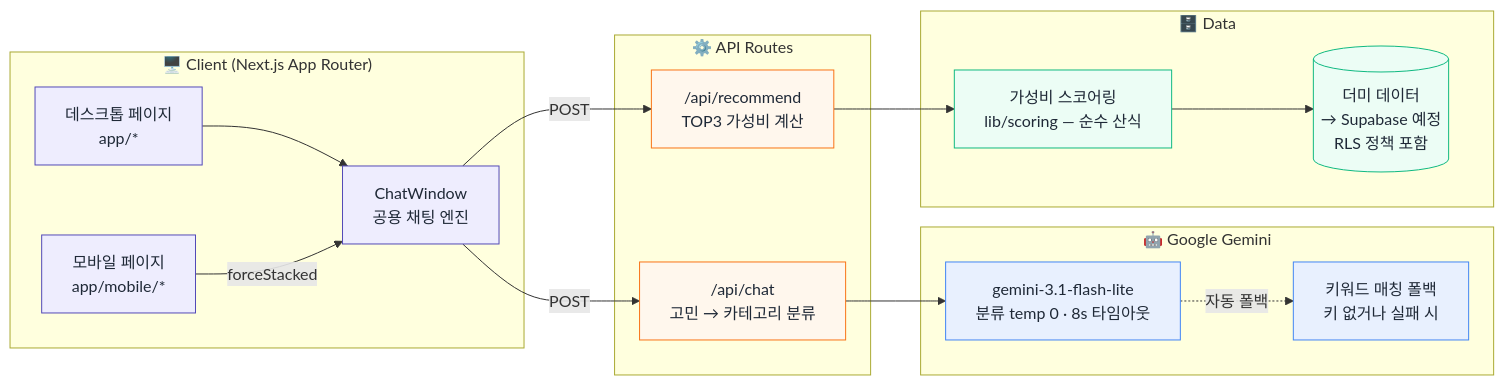
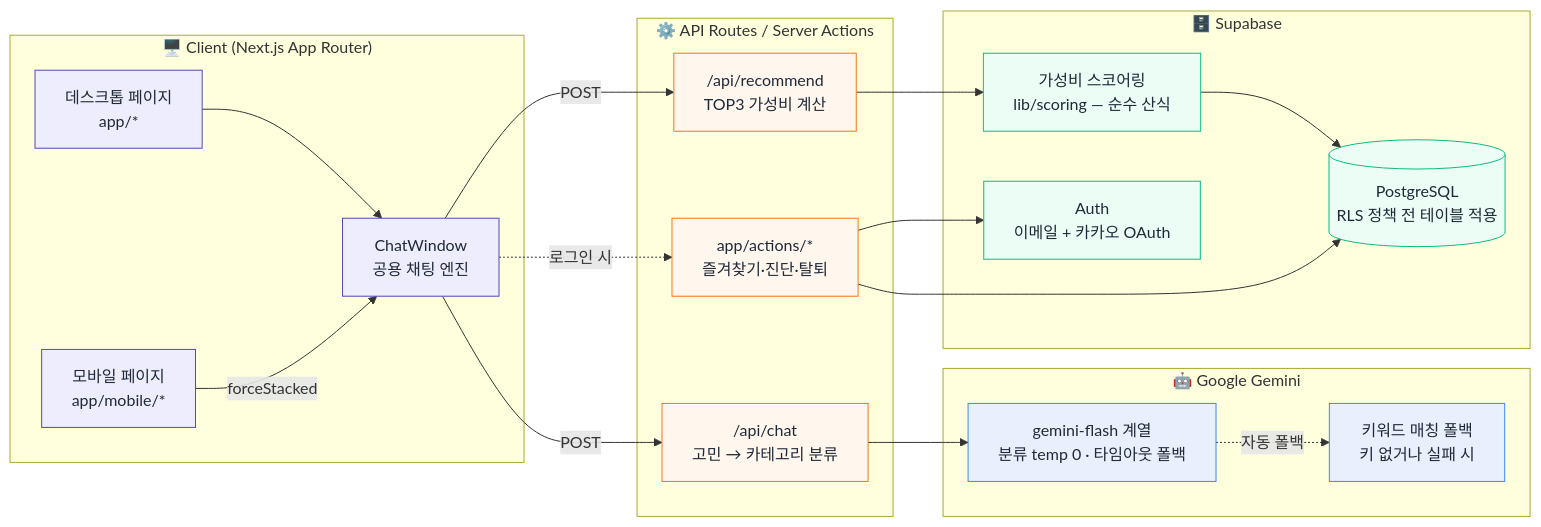
One commit to segretoo/IngredientFit changed the first of 2 diagrams in README.md. Above: the diagram before and after it, drawn with Mermaid. The commit also changed other lines of this file and 3 other files, not shown here.

````diff
--- a/README.md
+++ b/README.md
@@ -113,42 +109,46 @@
 ```mermaid
 flowchart LR
     subgraph Client["🖥️ Client (Next.js App Router)"]
         D[데스크톱 페이지<br/>app/*]
         M[모바일 페이지<br/>app/mobile/*]
         CW[ChatWindow<br/>공용 채팅 엔진]
         D --> CW
         M -->|forceStacked| CW
     end
 
-    subgraph API["⚙️ API Routes"]
+    subgraph API["⚙️ API Routes / Server Actions"]
         C["/api/chat<br/>고민 → 카테고리 분류"]
         R["/api/recommend<br/>TOP3 가성비 계산"]
+        SA["app/actions/*<br/>즐겨찾기·진단·탈퇴"]
     end
 
     subgraph AI["🤖 Google Gemini"]
-        G[gemini-3.1-flash-lite<br/>분류 temp 0 · 8s 타임아웃]
+        G[gemini-flash 계열<br/>분류 temp 0 · 타임아웃 폴백]
         F[키워드 매칭 폴백<br/>키 없거나 실패 시]
         G -.자동 폴백.-> F
     end
 
-    subgraph Data["🗄️ Data"]
+    subgraph Data["🗄️ Supabase"]
         S[가성비 스코어링<br/>lib/scoring — 순수 산식]
-        DB[(더미 데이터<br/>→ Supabase 예정<br/>RLS 정책 포함)]
+        DB[(PostgreSQL<br/>RLS 정책 전 테이블 적용)]
+        AUTH[Auth<br/>이메일 + 카카오 OAuth]
     end
 
     CW -- POST --> C
     CW -- POST --> R
     C --> G
     R --> S
     S --> DB
+    CW -.로그인 시.-> SA --> DB
+    SA --> AUTH
 
     classDef client fill:#EEEDFE,stroke:#534AB7,color:#1F2937
     classDef api fill:#FFF7ED,stroke:#F97316,color:#1F2937
     classDef ai fill:#E8F0FE,stroke:#4285F4,color:#1F2937
     classDef db fill:#ECFDF5,stroke:#10B981,color:#1F2937
 
     class D,M,CW client
-    class C,R api
+    class C,R,SA api
     class G,F ai
-    class S,DB db
+    class S,DB,AUTH db
 ```
````
